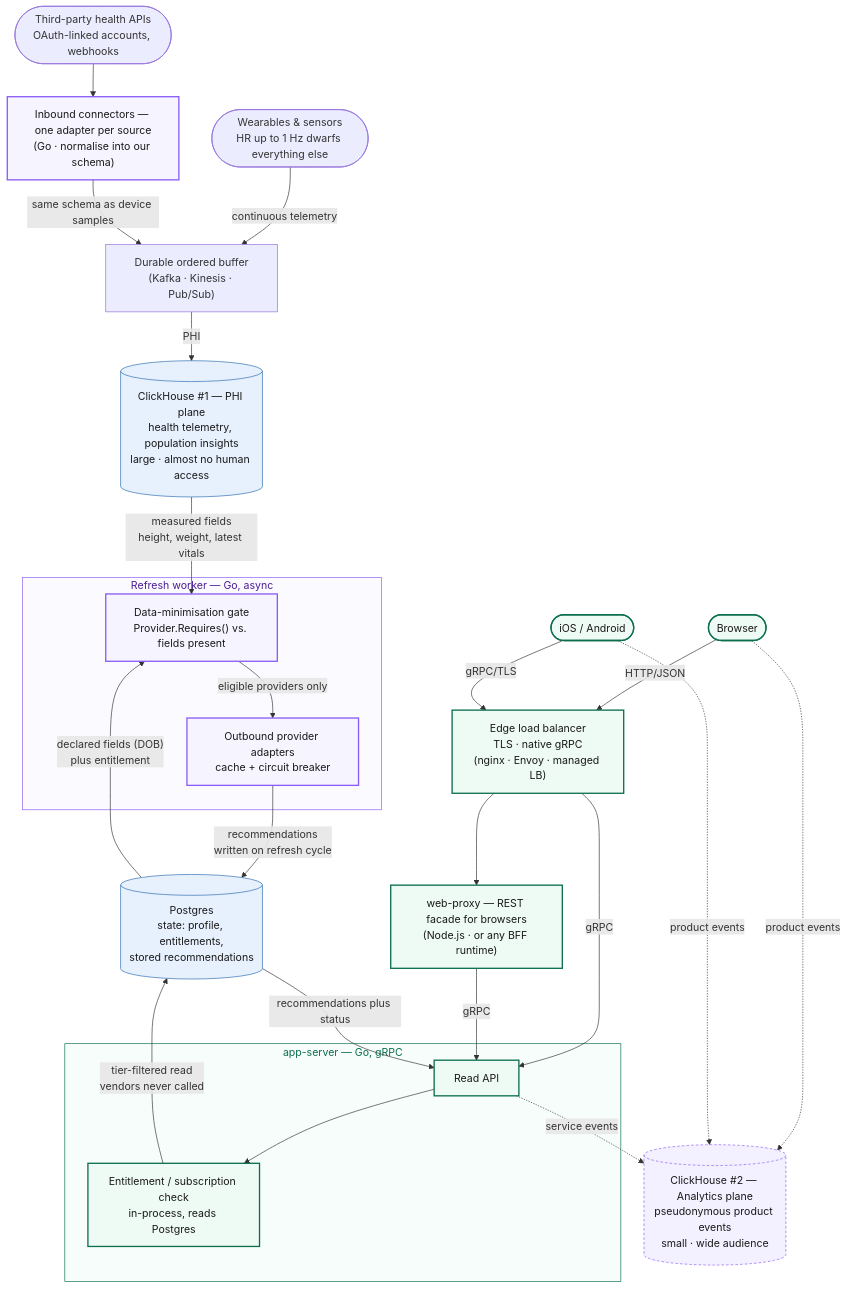
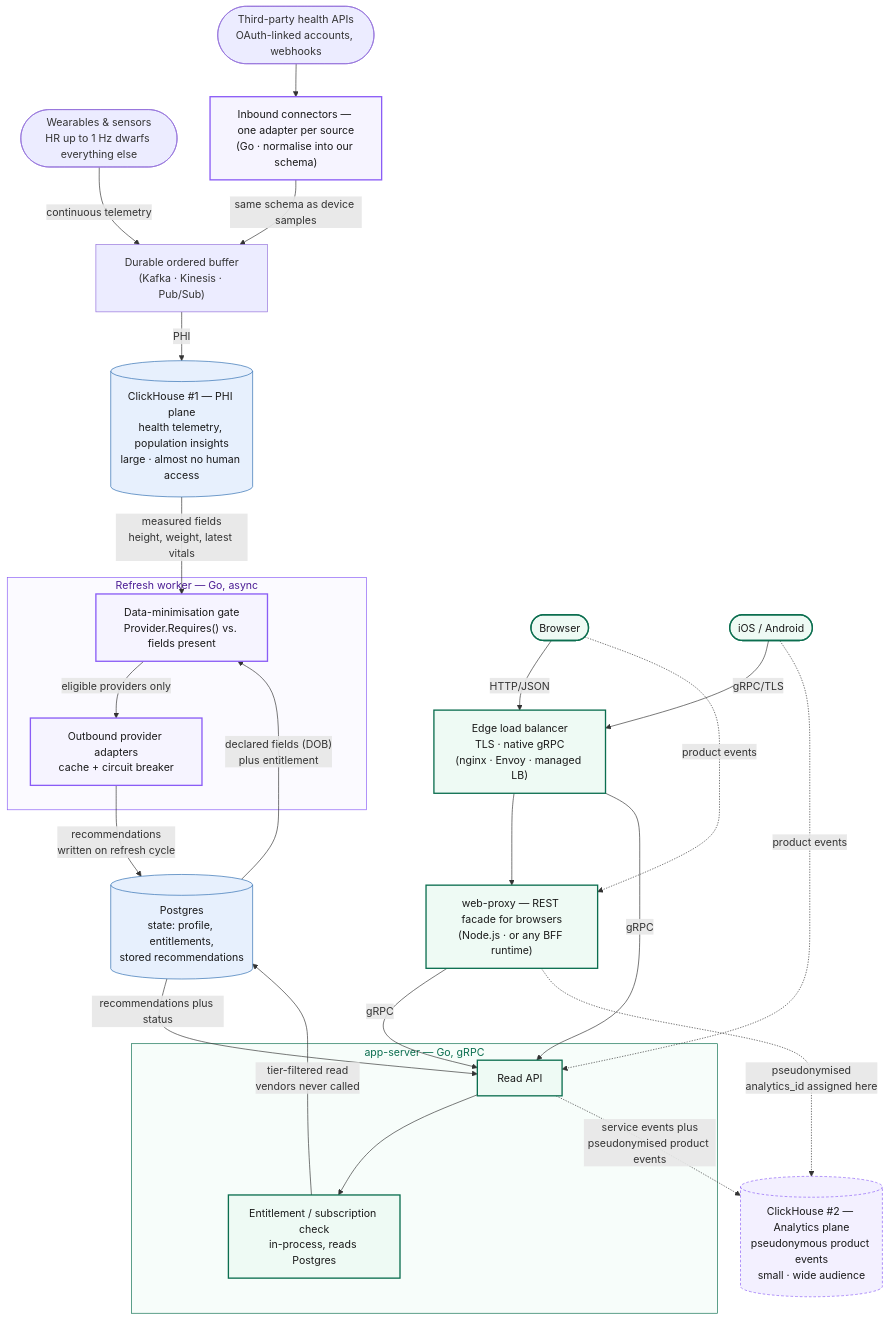
The fourth of 5 diagrams in docs/architecture-diagrams.md (alexeykomov/asmt-session-2026-08-03), drawn with Mermaid before and after one commit. The commit also changed other lines of this file, not shown here.

````diff
--- a/docs/architecture-diagrams.md
+++ b/docs/architecture-diagrams.md
@@ -202,65 +202,66 @@
 ```mermaid
 flowchart TD
     Devices(["Wearables & sensors<br/>HR up to 1 Hz dwarfs everything else"])
     Partners(["Third-party health APIs<br/>OAuth-linked accounts, webhooks"])
     Connectors["Inbound connectors — one adapter per source<br/>(Go · normalise into our schema)"]
     Stream["Durable ordered buffer<br/>(Kafka · Kinesis · Pub/Sub)"]
     CH1[("ClickHouse #1 — PHI plane<br/>health telemetry, population insights<br/>large · almost no human access")]
     CH2[("ClickHouse #2 — Analytics plane<br/>pseudonymous product events<br/>small · wide audience")]
     PG[("Postgres<br/>state: profile, entitlements,<br/>stored recommendations")]
 
     subgraph Worker["Refresh worker — Go, async"]
         Gate["Data-minimisation gate<br/>Provider.Requires() vs. fields present"]
         Adapters["Outbound provider adapters<br/>cache + circuit breaker"]
     end
 
     subgraph AppServer["app-server — Go, gRPC"]
         API["Read API"]
         Entitlement["Entitlement / subscription check<br/>in-process, reads Postgres"]
     end
 
     WebProxy["web-proxy — REST facade for browsers<br/>(Node.js · or any BFF runtime)"]
     Edge["Edge load balancer<br/>TLS · native gRPC<br/>(nginx · Envoy · managed LB)"]
     Browser(["Browser"])
     Native(["iOS / Android"])
 
     Devices -- "continuous telemetry" --> Stream
     Partners --> Connectors
     Connectors -- "same schema as device samples" --> Stream
     Stream -- "PHI" --> CH1
     CH1 -- "measured fields<br/>height, weight, latest vitals" --> Gate
     PG -- "declared fields (DOB)<br/>plus entitlement" --> Gate
     Gate -- "eligible providers only" --> Adapters
     Adapters -- "recommendations<br/>written on refresh cycle" --> PG
 
     Browser -- "HTTP/JSON" --> Edge
     Native -- "gRPC/TLS" --> Edge
     Edge --> WebProxy
     Edge -- "gRPC" --> API
     WebProxy -- "gRPC" --> API
     API --> Entitlement
     Entitlement -- "tier-filtered read<br/>vendors never called" --> PG
     PG -- "recommendations plus status" --> API
 
-    Browser -. "product events" .-> CH2
-    Native -. "product events" .-> CH2
-    API -. "service events" .-> CH2
+    Browser -. "product events" .-> WebProxy
+    Native -. "product events" .-> API
+    WebProxy -. "pseudonymised<br/>analytics_id assigned here" .-> CH2
+    API -. "service events plus<br/>pseudonymised product events" .-> CH2
 
     classDef store fill:#e7f0fd,stroke:#2b6cb0,color:#1a1a1a;
     class PG,CH1 store;
 
     classDef analytics fill:#f3f0ff,stroke:#8a5cf6,stroke-dasharray: 4 3,color:#1a1a1a;
     class CH2 analytics;
 
     classDef async fill:#f6f4ff,stroke:#8a5cf6,stroke-width:2px,color:#1a1a1a;
     class Gate,Adapters,Connectors async;
 
     classDef read fill:#eefaf4,stroke:#0b6e4f,stroke-width:2px,color:#1a1a1a;
     class API,Entitlement,Browser,Native,Edge,WebProxy read;
 
     classDef groupAsync fill:#fbfaff,stroke:#8a5cf6,stroke-width:1px,color:#4c1d95;
     class Worker groupAsync;
 
     classDef groupRead fill:#f7fdfa,stroke:#0b6e4f,stroke-width:1px,color:#0b6e4f;
     class AppServer groupRead;
 ```
````
